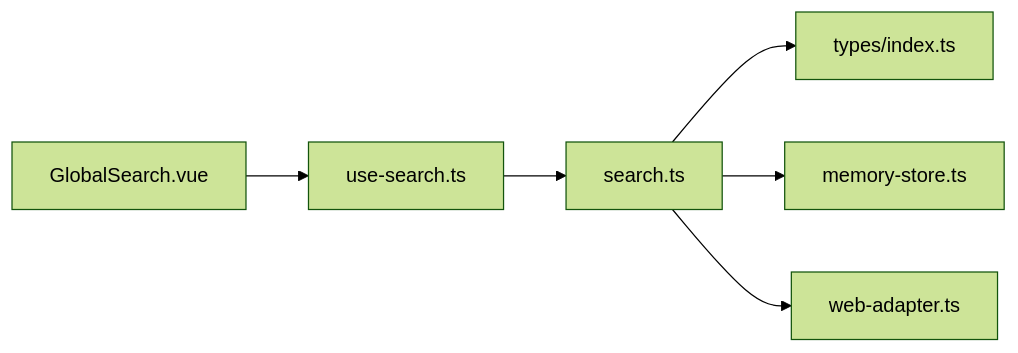
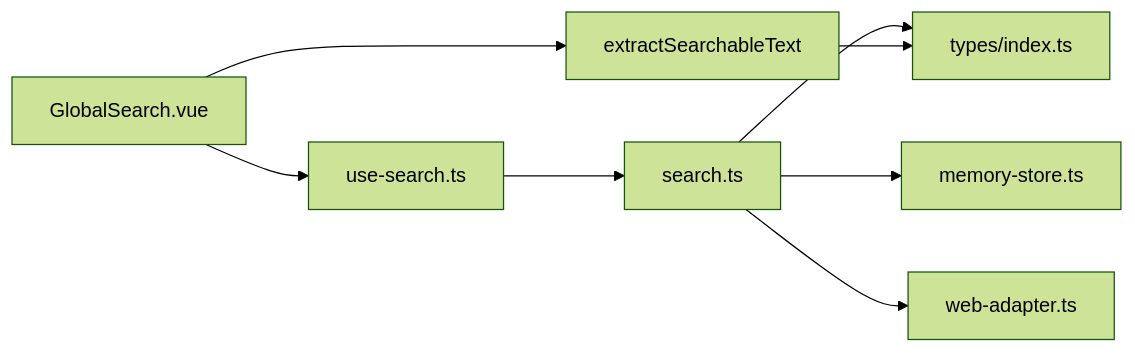
Before and after one commit to taoweidong/Hello-Tauri: the sixth of 6 diagrams in .qoder/repowiki/zh/content/核心模块/搜索服务.md, drawn with Mermaid (forest theme). The commit also changed other lines of this file and 8 other files, not shown here.

````diff
--- a/.qoder/repowiki/zh/content/核心模块/搜索服务.md
+++ b/.qoder/repowiki/zh/content/核心模块/搜索服务.md
@@ -242,8 +313,10 @@
 ```mermaid
 graph LR
 GlobalSearch["GlobalSearch.vue"] --> UseSearch["use-search.ts"]
+GlobalSearch --> Extractor["extractSearchableText"]
 UseSearch --> SearchService["search.ts"]
 SearchService --> Types["types/index.ts"]
+Extractor --> Types
 SearchService --> MemoryStore["memory-store.ts"]
 SearchService --> WebAdapter["web-adapter.ts"]
 ```
````
